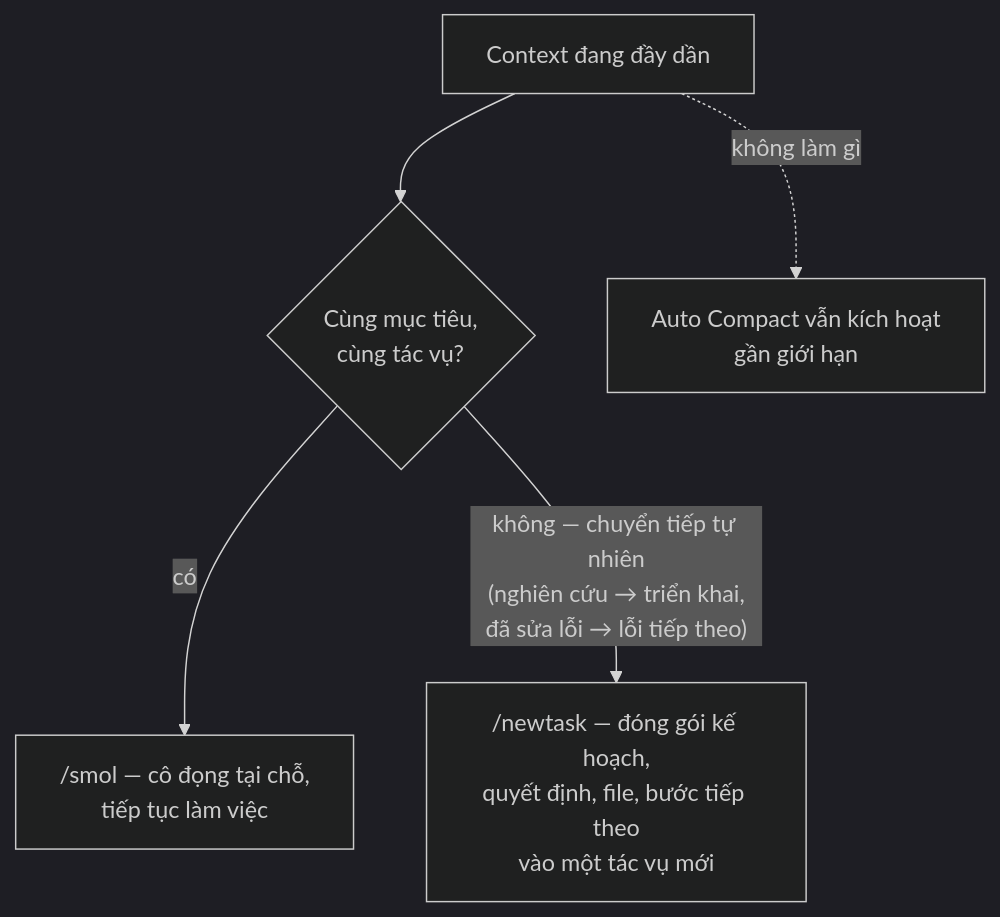
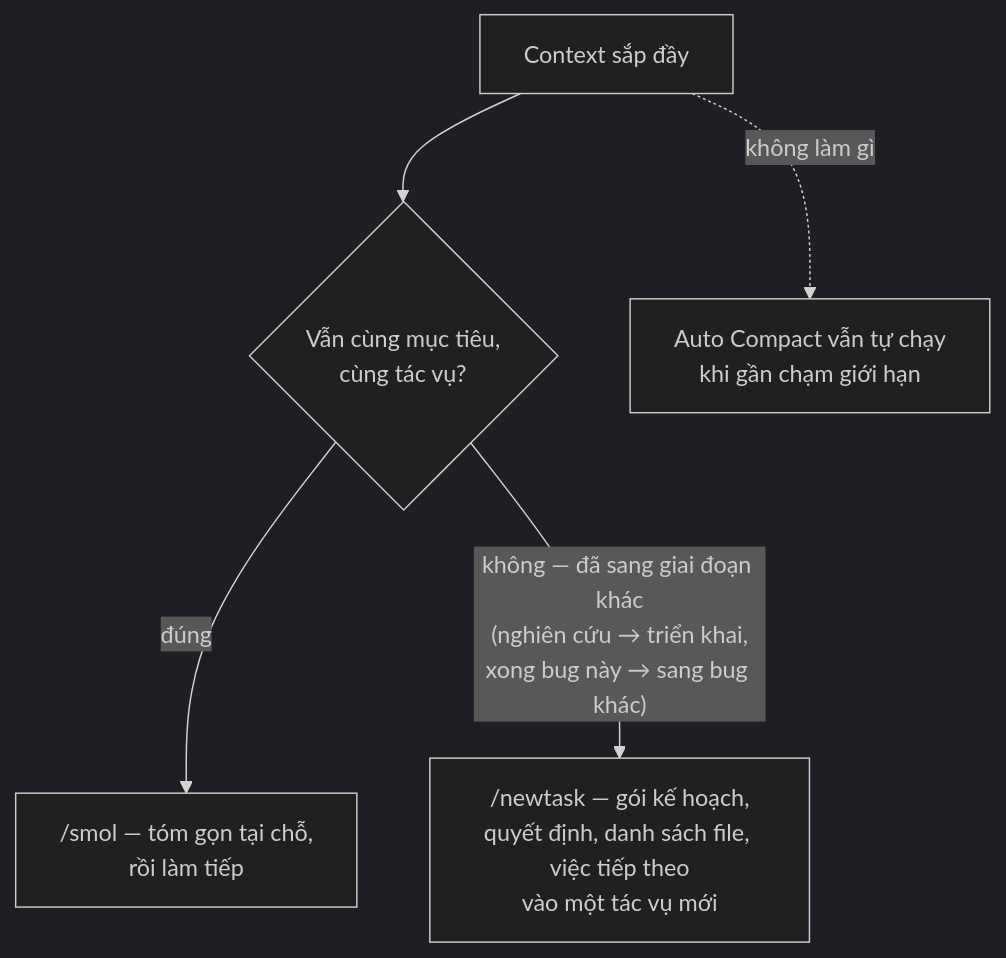
The first of 2 diagrams in setups/coding-setup-cline.md (dungnm02/token-optimizer), drawn with Mermaid (dark theme) before and after one commit. The commit also changed other lines of this file, not shown here.

````diff
--- a/setups/coding-setup-cline.md
+++ b/setups/coding-setup-cline.md
@@ -80,7 +87,7 @@
 ```mermaid
 flowchart TD
-    A[Context đang đầy dần] --> B{Cùng mục tiêu,<br/>cùng tác vụ?}
-    B -- có --> S["/smol — cô đọng tại chỗ,<br/>tiếp tục làm việc"]
-    B -- "không — chuyển tiếp tự nhiên<br/>(nghiên cứu → triển khai,<br/>đã sửa lỗi → lỗi tiếp theo)" --> N["/newtask — đóng gói kế hoạch,<br/>quyết định, file, bước tiếp theo<br/>vào một tác vụ mới"]
-    A -.->|không làm gì| C[Auto Compact vẫn kích hoạt<br/>gần giới hạn]
+    A[Context sắp đầy] --> B{Vẫn cùng mục tiêu,<br/>cùng tác vụ?}
+    B -- đúng --> S["/smol — tóm gọn tại chỗ,<br/>rồi làm tiếp"]
+    B -- "không — đã sang giai đoạn khác<br/>(nghiên cứu → triển khai,<br/>xong bug này → sang bug khác)" --> N["/newtask — gói kế hoạch,<br/>quyết định, danh sách file, việc tiếp theo<br/>vào một tác vụ mới"]
+    A -.->|không làm gì| C[Auto Compact vẫn tự chạy<br/>khi gần chạm giới hạn]
 ```
````
